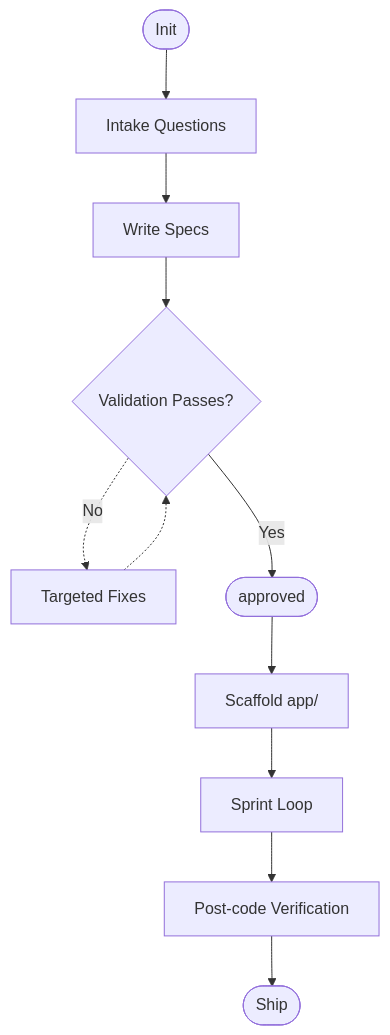
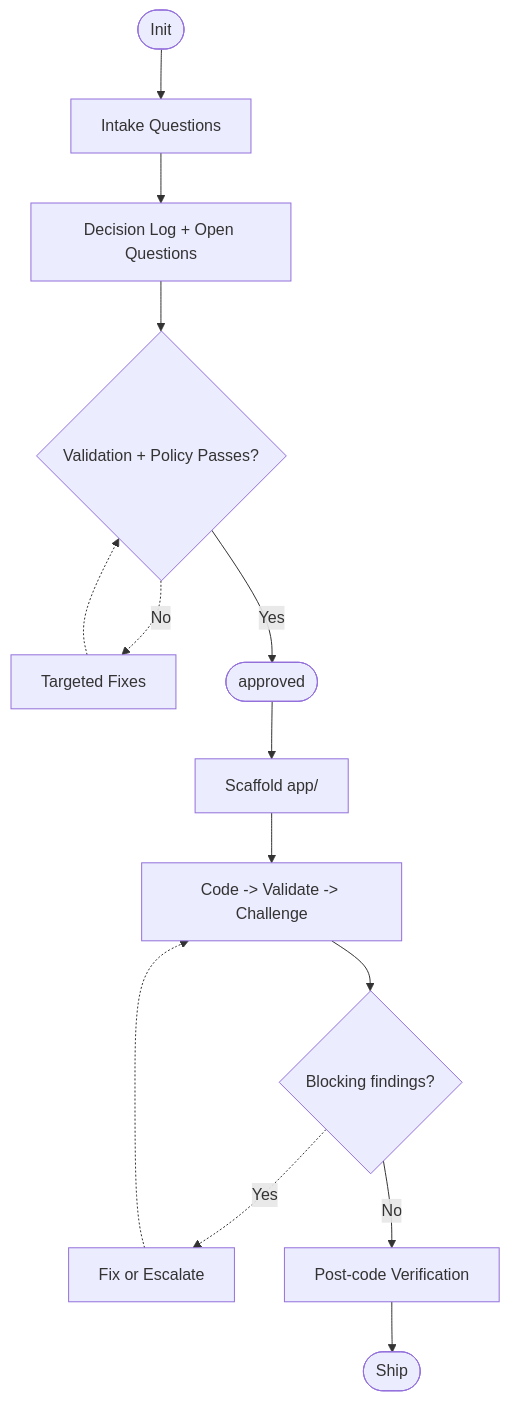
One commit to yunusakin/spectra changed the diagram in README.md. Above: the diagram before and after it, drawn with Mermaid. The commit also changed other lines of this file and 35 other files, not shown here.

Commit message:
feat: enforce intake decision governance and role-based quality gates

````diff
--- a/README.md
+++ b/README.md
@@ -76,13 +97,16 @@
 ```mermaid
 flowchart TD
     Init(["Init"]) --> Intake["Intake Questions"]
-    Intake --> Specs["Write Specs"]
-    Specs --> Validate{"Validation Passes?"}
+    Intake --> Decisions["Decision Log + Open Questions"]
+    Decisions --> Validate{"Validation + Policy Passes?"}
     Validate -.->|No| Fix["Targeted Fixes"]
     Fix -.-> Validate
     Validate -->|Yes| Approved(["approved"])
     Approved --> Scaffold["Scaffold app/"]
-    Scaffold --> Sprint["Sprint Loop"]
-    Sprint --> Verify["Post-code Verification"]
+    Scaffold --> RoleLoop["Code -> Validate -> Challenge"]
+    RoleLoop --> Gate{"Blocking findings?"}
+    Gate -.->|Yes| Iterate["Fix or Escalate"]
+    Iterate -.-> RoleLoop
+    Gate -->|No| Verify["Post-code Verification"]
     Verify --> Ship(["Ship"])
 ```
````
